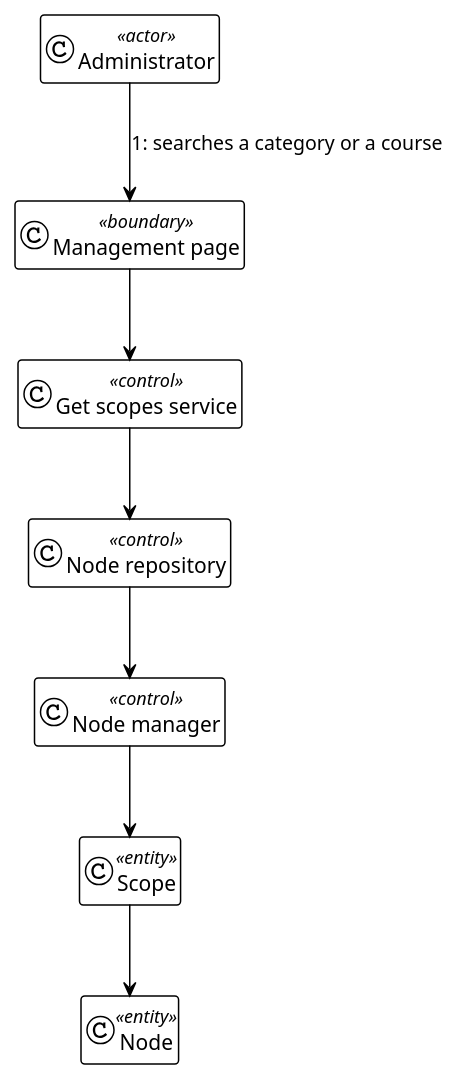
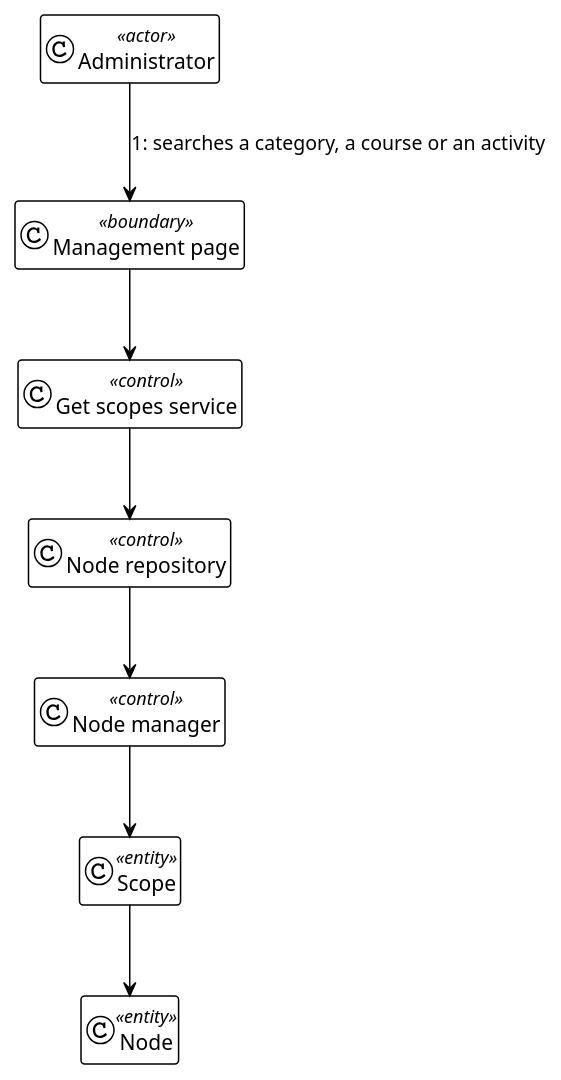
Before and after one commit to didactika/moodle-local_extendednav: the diagram in docs/en/technical/analysis/use-cases/setScopeException/collaboration.puml, drawn with PlantUML. The commit also changed 79 other files, not shown here.

```diff
--- a/docs/en/technical/analysis/use-cases/setScopeException/collaboration.puml
+++ b/docs/en/technical/analysis/use-cases/setScopeException/collaboration.puml
@@ -1,22 +1,22 @@
 @startuml
 !theme plain
 hide empty members
 skinparam linetype polyline
 top to bottom direction
 
 class "Administrator" as user <<actor>>
 class "Management page" as c0 <<boundary>>
 class "Get scopes service" as c1 <<control>>
 class "Node repository" as c2 <<control>>
 class "Node manager" as c3 <<control>>
 class "Scope" as c4 <<entity>>
 class "Node" as c5 <<entity>>
 
-user --> c0 : 1: searches a category or a course
+user --> c0 : 1: searches a category, a course or an activity
 c0 --> c1
 c1 --> c2
 c2 --> c3
 c3 --> c4
 c4 --> c5
 
 @enduml
```
